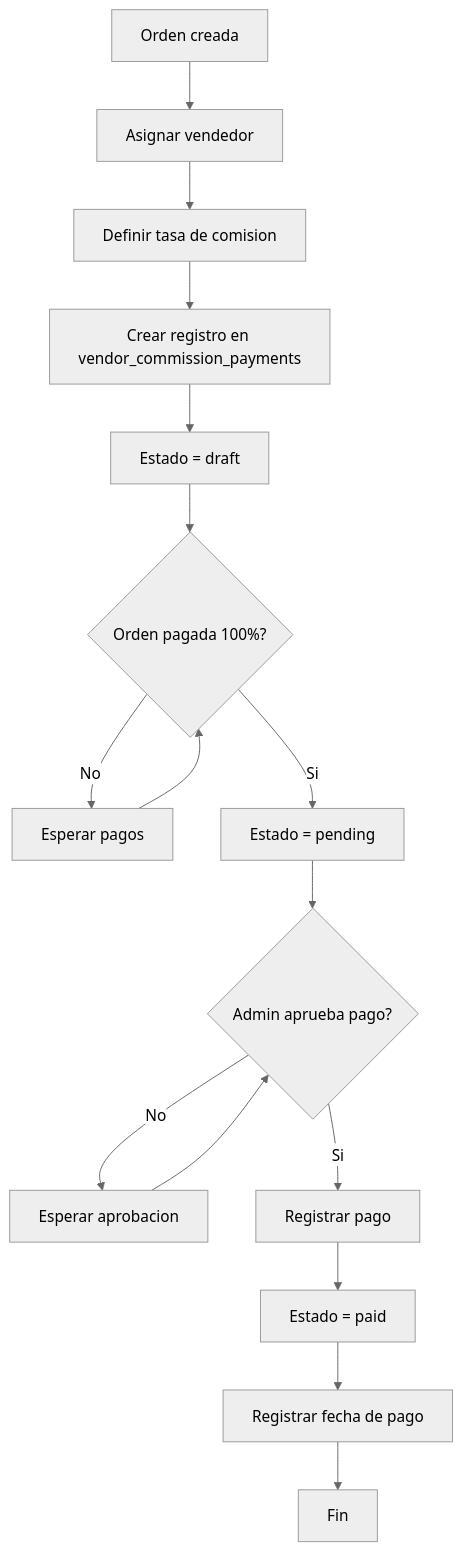
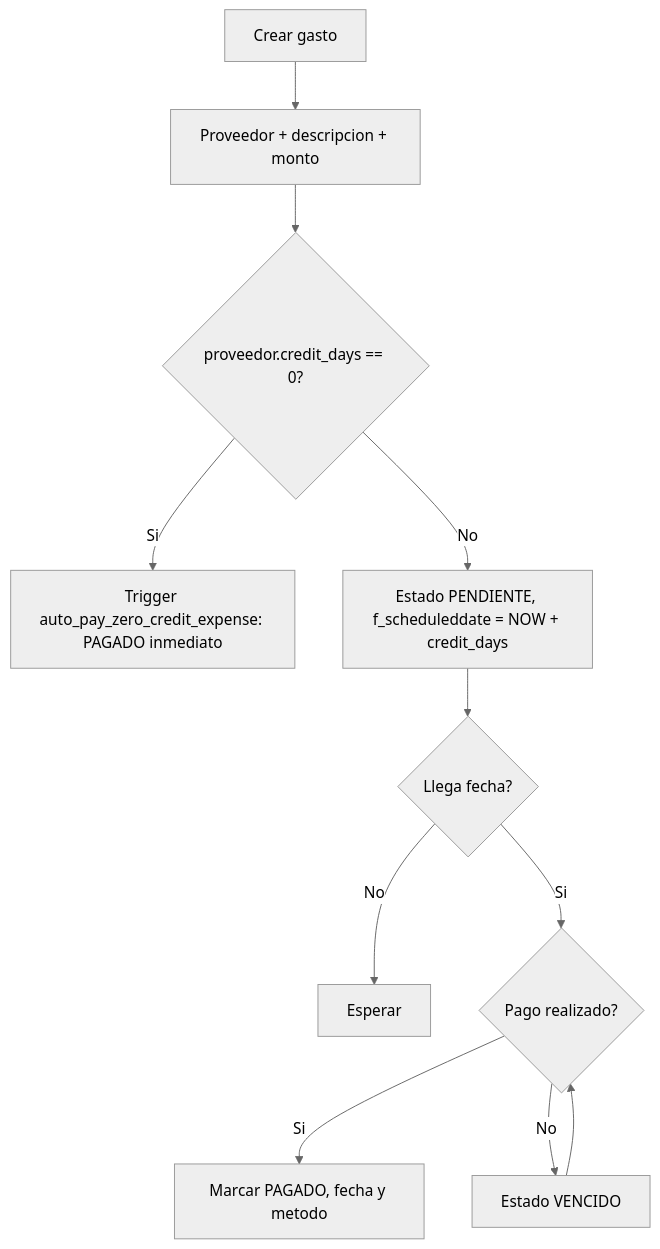
The fourth of 11 diagrams in docs/05_FLUJOS_TRABAJO.md (Anathema69/MX-VBA), drawn with Mermaid (neutral theme) before and after one commit. The commit also changed other lines of this file and 32 other files, not shown here.

````diff
--- a/docs/05_FLUJOS_TRABAJO.md
+++ b/docs/05_FLUJOS_TRABAJO.md
@@ -170,21 +67,13 @@
 ```mermaid
 flowchart TD
-    A[Orden creada] --> B[Asignar vendedor]
-    B --> C[Definir tasa de comision]
-    C --> D[Crear registro en vendor_commission_payments]
-    D --> E[Estado = draft]
-
-    E --> F{Orden pagada 100%?}
-    F -->|No| G[Esperar pagos]
-    G --> F
-
-    F -->|Si| H[Estado = pending]
-    H --> I{Admin aprueba pago?}
-    I -->|No| J[Esperar aprobacion]
-    J --> I
-
-    I -->|Si| K[Registrar pago]
-    K --> L[Estado = paid]
-    L --> M[Registrar fecha de pago]
-    M --> N[Fin]
+    A[Crear gasto] --> B[Proveedor + descripcion + monto]
+    B --> C{proveedor.credit_days == 0?}
+    C -->|Si| D[Trigger auto_pay_zero_credit_expense: PAGADO inmediato]
+    C -->|No| E[Estado PENDIENTE, f_scheduleddate = NOW + credit_days]
+    E --> F{Llega fecha?}
+    F -->|No| G[Esperar]
+    F -->|Si| H{Pago realizado?}
+    H -->|Si| I[Marcar PAGADO, fecha y metodo]
+    H -->|No| J[Estado VENCIDO]
+    J --> H
 ```
````
